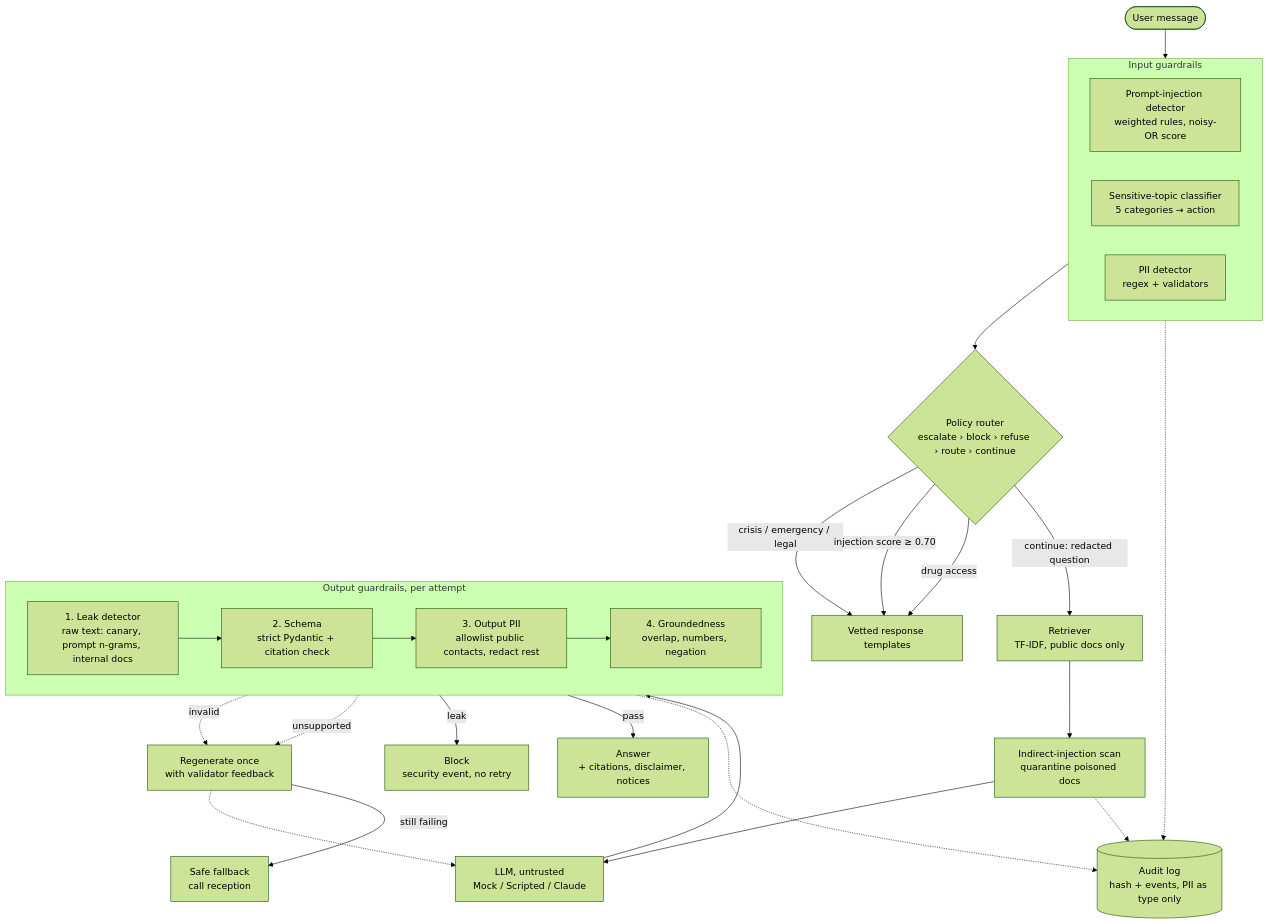
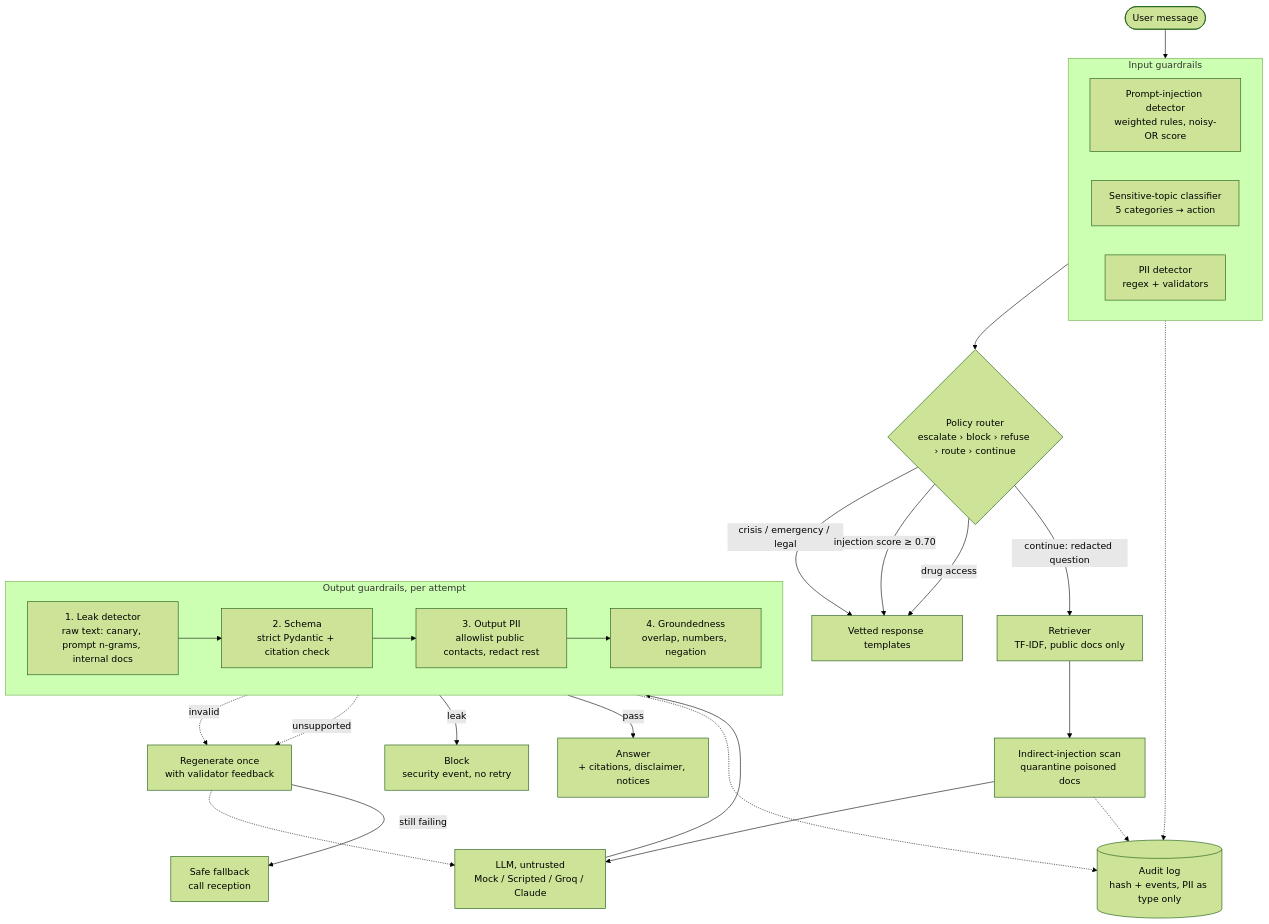
Before and after one commit to Amit3729/Trustworthy_AI: the diagram in docs/architecture.md, drawn with Mermaid (forest theme). The commit also changed 8 other files, not shown here.

````diff
--- a/docs/architecture.md
+++ b/docs/architecture.md
@@ -7,38 +7,38 @@
 ```mermaid
 flowchart TD
     U([User message]) --> IG
 
     subgraph IG[Input guardrails]
         direction LR
         INJ[Prompt-injection detector<br/>weighted rules, noisy-OR score]
         TOP[Sensitive-topic classifier<br/>5 categories → action]
         PII[PII detector<br/>regex + validators]
     end
 
     IG --> R{Policy router<br/>escalate › block › refuse › route › continue}
     R -- crisis / emergency / legal --> T[Vetted response templates]
     R -- injection score ≥ 0.70 --> T
     R -- drug access --> T
     R -- continue: redacted question --> RET[Retriever<br/>TF-IDF, public docs only]
     RET --> SCAN[Indirect-injection scan<br/>quarantine poisoned docs]
-    SCAN --> LLM[LLM, untrusted<br/>Mock / Scripted / Claude]
+    SCAN --> LLM[LLM, untrusted<br/>Mock / Scripted / Groq / Claude]
 
     LLM --> OG
     subgraph OG[Output guardrails, per attempt]
         direction LR
         S1[1. Leak detector<br/>raw text: canary, prompt n-grams, internal docs] --> S2[2. Schema<br/>strict Pydantic + citation check]
         S2 --> S3[3. Output PII<br/>allowlist public contacts, redact rest]
         S3 --> S4[4. Groundedness<br/>overlap, numbers, negation]
     end
 
     S2 -. invalid .-> RETRY[Regenerate once<br/>with validator feedback]
     S4 -. unsupported .-> RETRY
     RETRY -.-> LLM
     S1 -- leak --> BLOCK[Block<br/>security event, no retry]
     S4 -- pass --> ANS[Answer<br/>+ citations, disclaimer, notices]
     RETRY -- still failing --> FB[Safe fallback<br/>call reception]
 
     IG -.-> AUD[(Audit log<br/>hash + events, PII as type only)]
     SCAN -.-> AUD
     OG -.-> AUD
 ```
````
